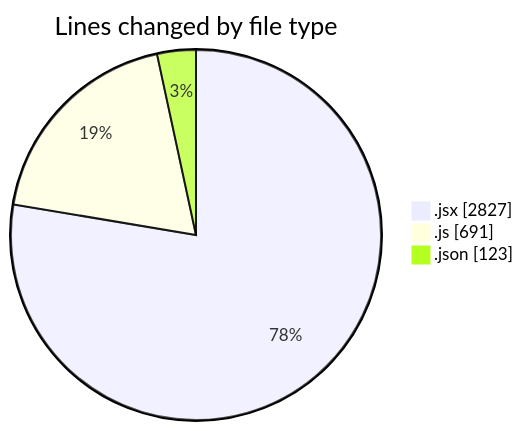
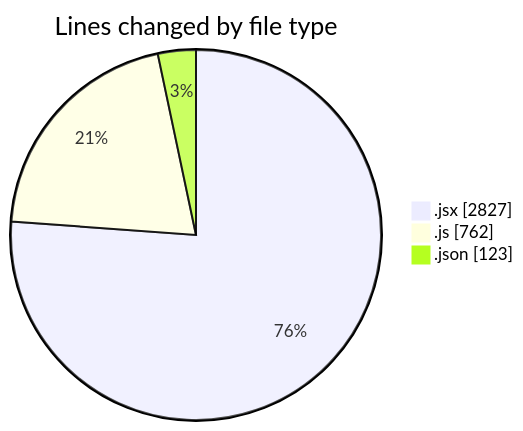
The first of 2 diagrams in 2025-12-28/nxtqube_webapp/README.md (nxtqubesakshisongat/code-tracking), drawn with Mermaid before and after one commit. The commit also changed other lines of this file and 1 other file, not shown here.

````diff
--- a/2025-12-28/nxtqube_webapp/README.md
+++ b/2025-12-28/nxtqube_webapp/README.md
@@ -25,7 +26,7 @@
 ```mermaid
 pie showData
 title Lines changed by file type
 ".jsx" : 2827
-".js" : 691
+".js" : 762
 ".json" : 123
 ```
````
